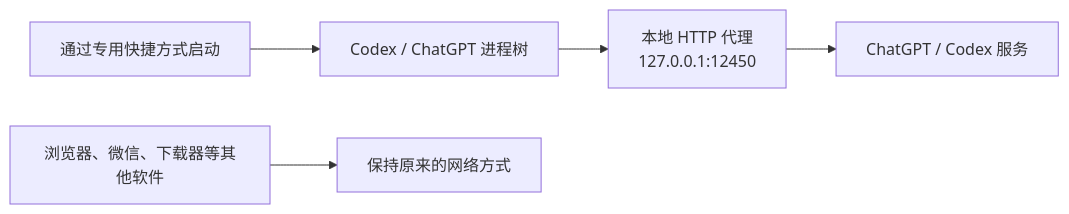
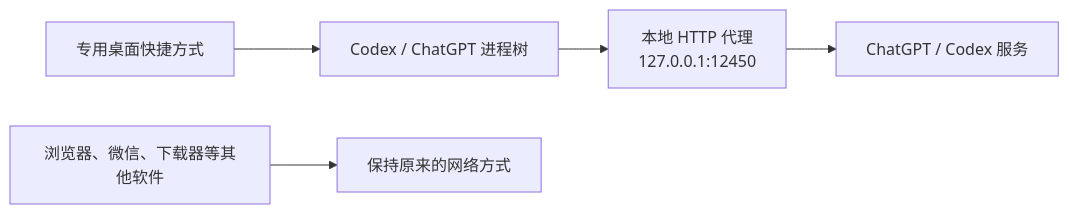
The diagram in README.md (zhenyangLab/Codex-Connectivity), drawn with Mermaid before and after one commit. The commit also changed other lines of this file and 7 other files, not shown here.

````diff
--- a/README.md
+++ b/README.md
@@ -24,7 +24,7 @@
 ```mermaid
 flowchart LR
-    A["通过专用快捷方式启动"] --> B["Codex / ChatGPT 进程树"]
+    A["专用桌面快捷方式"] --> B["Codex / ChatGPT 进程树"]
     B --> C["本地 HTTP 代理<br/>127.0.0.1:12450"]
     C --> D["ChatGPT / Codex 服务"]
     E["浏览器、微信、下载器等其他软件"] --> F["保持原来的网络方式"]
 ```
````
